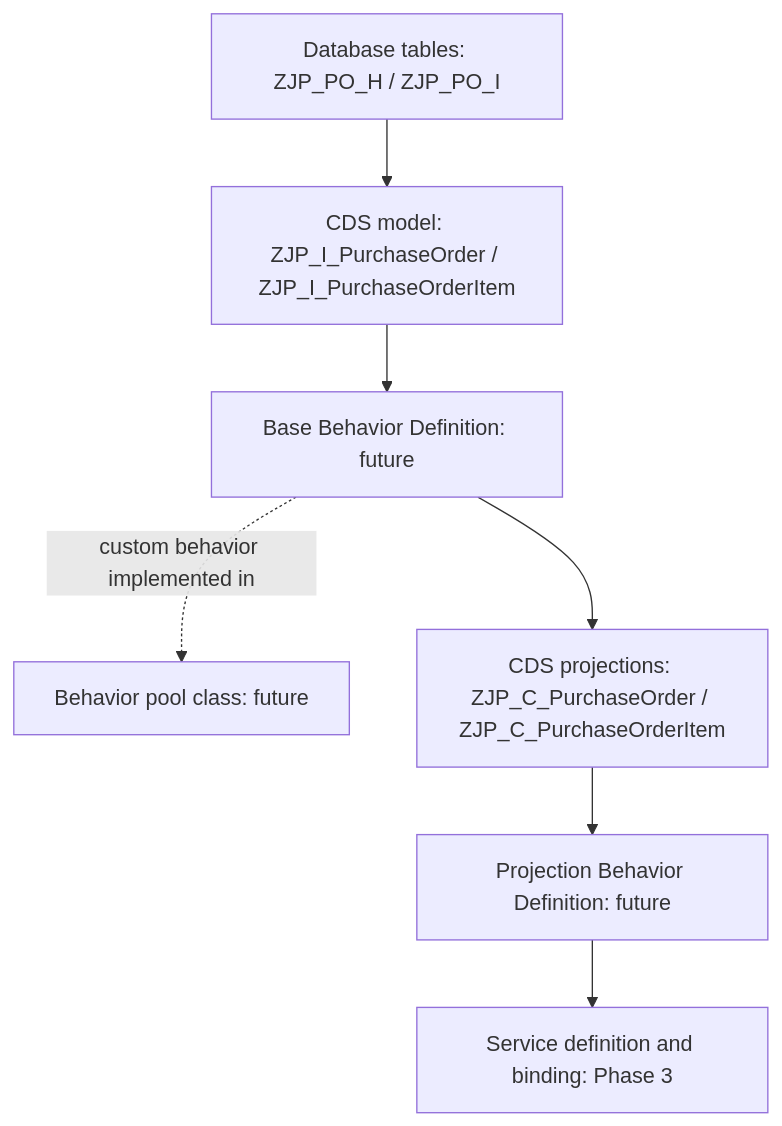
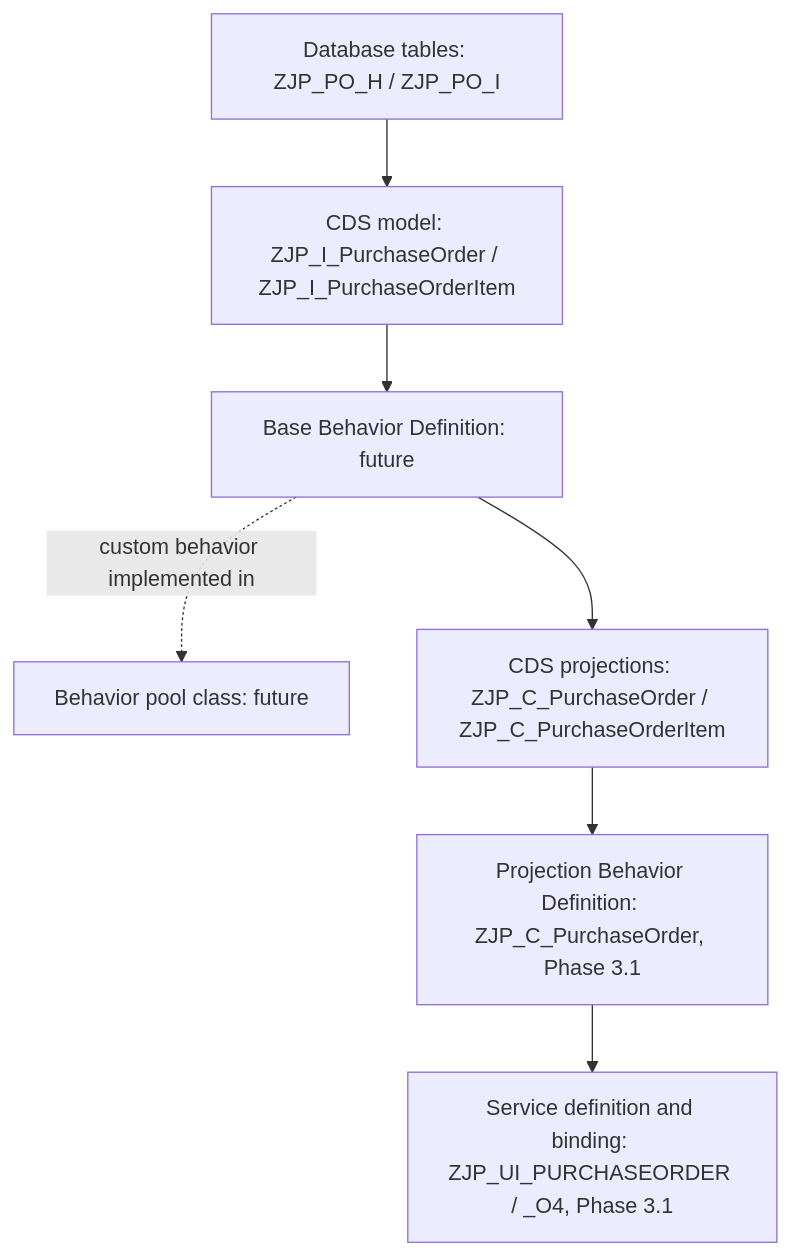
The diagram in abap-rap/docs/phase-2-step-1-behavior-architecture.md (joaopedromribeiro/procurement-integration-hub), drawn with Mermaid before and after one commit. The commit also changed other lines of this file and 13 other files, not shown here.

Commit message:
Complete Phase 3 RAP service and Fiori UI

````diff
--- a/abap-rap/docs/phase-2-step-1-behavior-architecture.md
+++ b/abap-rap/docs/phase-2-step-1-behavior-architecture.md
@@ -13,9 +13,9 @@
 ```mermaid
 flowchart TD
     Tables["Database tables: ZJP_PO_H / ZJP_PO_I"] --> Model["CDS model: ZJP_I_PurchaseOrder / ZJP_I_PurchaseOrderItem"]
     Model --> BDEF["Base Behavior Definition: future"]
     BDEF -. custom behavior implemented in .-> Pool["Behavior pool class: future"]
     BDEF --> Projection["CDS projections: ZJP_C_PurchaseOrder / ZJP_C_PurchaseOrderItem"]
-    Projection --> PBDEF["Projection Behavior Definition: future"]
-    PBDEF --> Service["Service definition and binding: Phase 3"]
+    Projection --> PBDEF["Projection Behavior Definition: ZJP_C_PurchaseOrder, Phase 3.1"]
+    PBDEF --> Service["Service definition and binding: ZJP_UI_PURCHASEORDER / _O4, Phase 3.1"]
 ```
````
